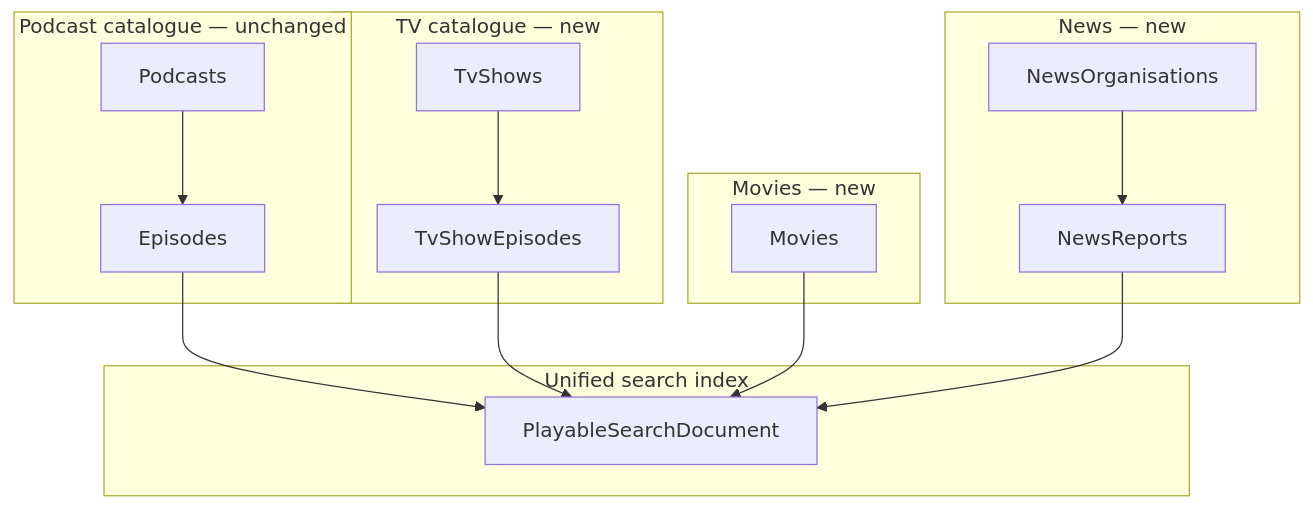
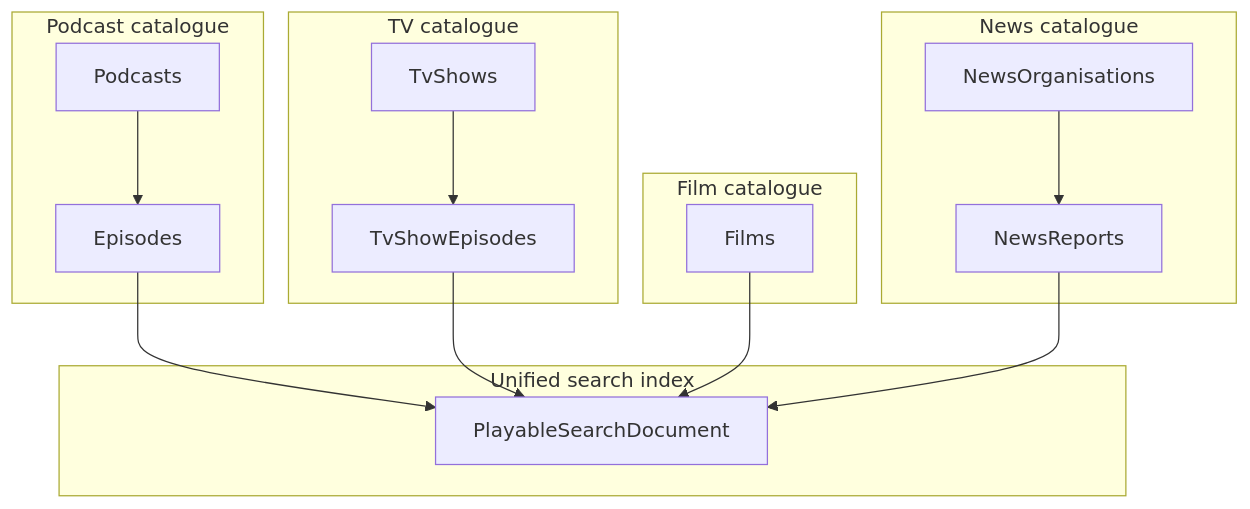
Before and after one commit to cultpodcasts/RedditPodcastPoster: the diagram in docs/catalogue-content-types-epic.md, drawn with Mermaid. The commit also changed other lines of this file and 6 other files, not shown here.

````diff
--- a/docs/catalogue-content-types-epic.md
+++ b/docs/catalogue-content-types-epic.md
@@ -78,33 +200,33 @@
 ```mermaid
 flowchart TB
-  subgraph podcast [Podcast catalogue — unchanged]
+  subgraph podcast [Podcast catalogue]
     P[Podcasts]
     E[Episodes]
     P --> E
   end
 
-  subgraph tv [TV catalogue — new]
+  subgraph tv [TV catalogue]
     TS[TvShows]
     TSE[TvShowEpisodes]
     TS --> TSE
   end
 
-  subgraph film [Movies — new]
-    M[Movies]
+  subgraph film [Film catalogue]
+    F[Films]
   end
 
-  subgraph news [News — new]
+  subgraph news [News catalogue]
     NO[NewsOrganisations]
     NR[NewsReports]
     NO --> NR
   end
 
   subgraph search [Unified search index]
     IDX[PlayableSearchDocument]
   end
 
   E --> IDX
   TSE --> IDX
-  M --> IDX
+  F --> IDX
   NR --> IDX
 ```
````
